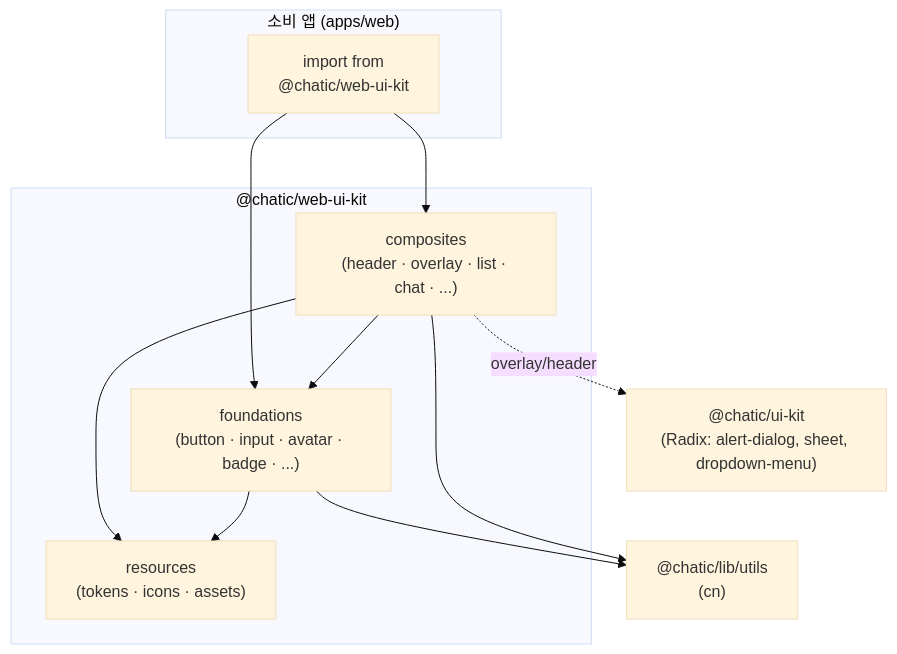
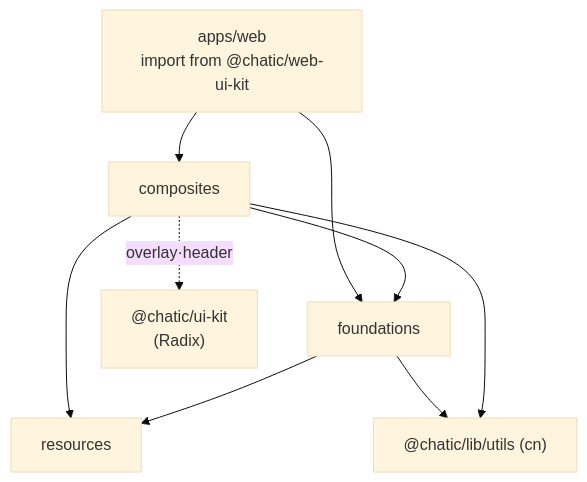
The diagram in libs/web-ui-kit/README.md (lemoncloud-io/dou-app), drawn with Mermaid (base theme) before and after one commit. The commit also changed other lines of this file and 2 other files, not shown here.

````diff
--- a/libs/web-ui-kit/README.md
+++ b/libs/web-ui-kit/README.md
@@ -56,22 +36,11 @@
 ```mermaid
 graph TD
-    subgraph app["소비 앱 (apps/web)"]
-        A["import from<br/>@chatic/web-ui-kit"]
-    end
-    subgraph kit["@chatic/web-ui-kit"]
-        C["composites<br/>(header · overlay · list · chat · ...)"]
-        F["foundations<br/>(button · input · avatar · badge · ...)"]
-        R["resources<br/>(tokens · icons · assets)"]
-    end
-    P["@chatic/ui-kit<br/>(Radix: alert-dialog, sheet, dropdown-menu)"]
-    U["@chatic/lib/utils<br/>(cn)"]
-
-    A --> C
-    A --> F
+    A["apps/web<br/>import from @chatic/web-ui-kit"] --> C["composites"]
+    A --> F["foundations"]
     C --> F
-    C --> R
+    C --> R["resources"]
     F --> R
-    C -. overlay/header .-> P
-    F --> U
+    C -. overlay·header .-> P["@chatic/ui-kit<br/>(Radix)"]
+    F --> U["@chatic/lib/utils (cn)"]
     C --> U
 ```
````
